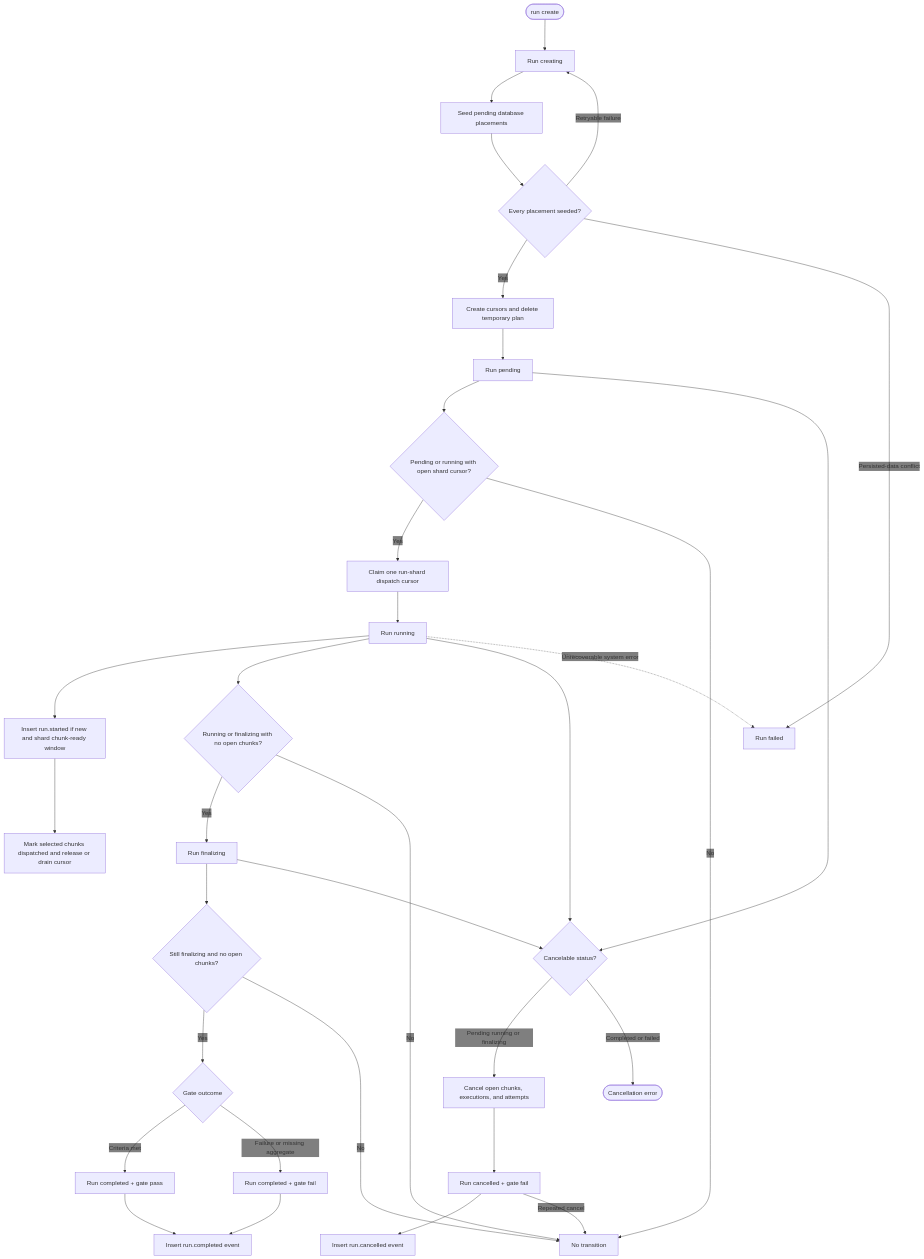
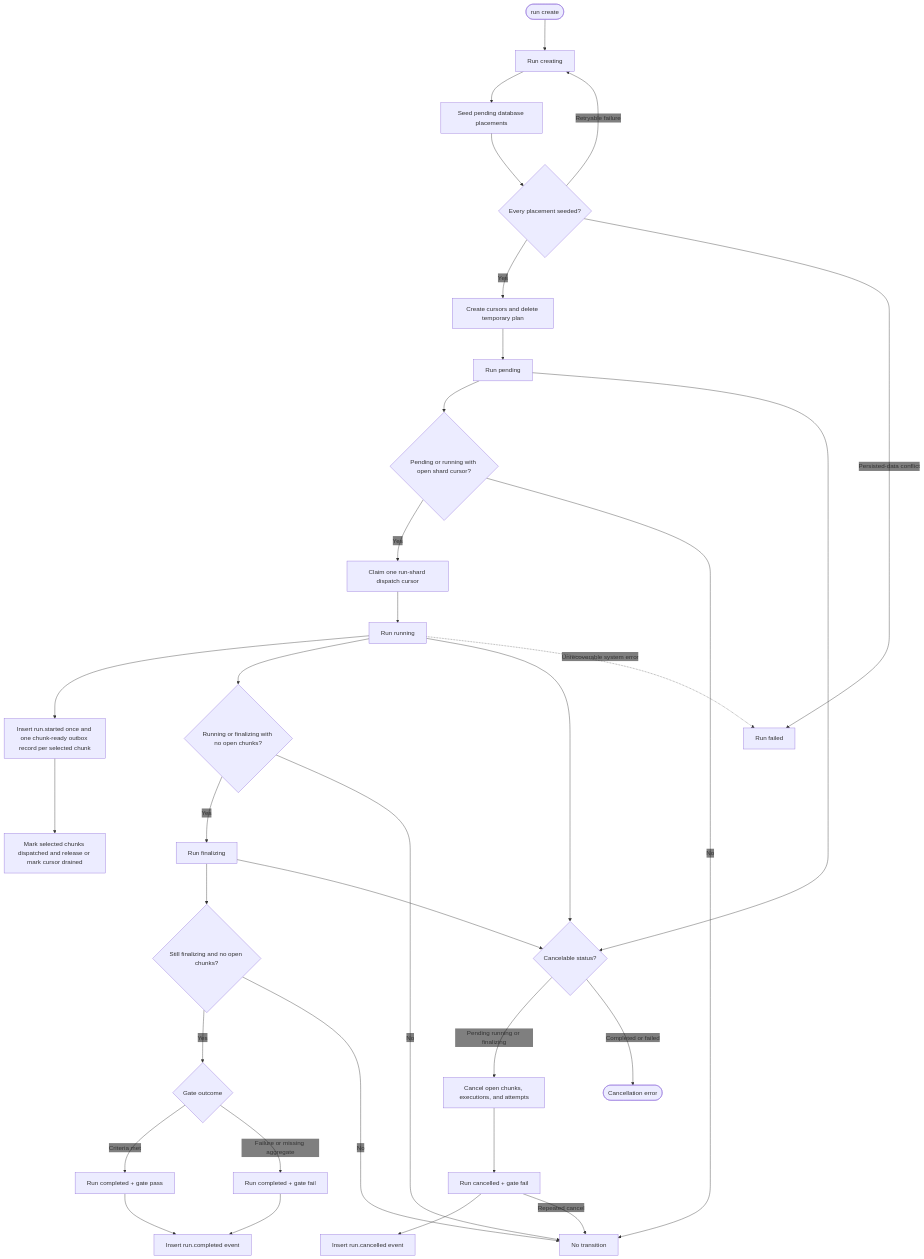
The diagram in web/docs/architecture/state/run-lifecycle/diagram.mmd (gregl83/agent-vigilo), drawn with Mermaid before and after one commit. The commit also changed 44 other files, not shown here.

```diff
--- a/web/docs/architecture/state/run-lifecycle/diagram.mmd
+++ b/web/docs/architecture/state/run-lifecycle/diagram.mmd
@@ -1,73 +1,73 @@
 ---
 config:
   flowchart:
     nodeSpacing: 150
     rankSpacing: 80
   themeVariables:
     edgeLabelBackground: 'transparent'
 ---
 flowchart TD
     Create([run create])
     Creating[Run creating]
     Seed[Seed pending database placements]
     SeedGuard{Every placement seeded?}
     Activate[Create cursors and delete temporary plan]
     Pending[Run pending]
     DispatchGuard{Pending or running with open shard cursor?}
     DispatchLock[Claim one run-shard dispatch cursor]
     Running[Run running]
-    DispatchEvents[Insert run.started if new and shard chunk-ready window]
-    DispatchCursor[Mark selected chunks dispatched and release or drain cursor]
+    DispatchEvents[Insert run.started once and one chunk-ready outbox record per selected chunk]
+    DispatchCursor[Mark selected chunks dispatched and release or mark cursor drained]
 
     FinalizeGuard{Running or finalizing with no open chunks?}
     Finalizing[Run finalizing]
     FinalizeCheck{Still finalizing and no open chunks?}
     Gate{Gate outcome}
     CompletedPass[Run completed + gate pass]
     CompletedFail[Run completed + gate fail]
     CompletedEvent[Insert run.completed event]
 
     CancelGuard{Cancelable status?}
     CancelCascade[Cancel open chunks, executions, and attempts]
     Cancelled[Run cancelled + gate fail]
     CancelEvent[Insert run.cancelled event]
 
     Failed[Run failed]
     Noop[No transition]
     Reject([Cancellation error])
 
     Create --> Creating
     Creating --> Seed --> SeedGuard
     SeedGuard -- Yes --> Activate --> Pending
     SeedGuard -- Retryable failure --> Creating
     SeedGuard -- Persisted-data conflict --> Failed
 
     Pending --> DispatchGuard
     DispatchGuard -- Yes --> DispatchLock --> Running --> DispatchEvents --> DispatchCursor
     DispatchGuard -- No --> Noop
 
     Running --> FinalizeGuard
     FinalizeGuard -- Yes --> Finalizing
     FinalizeGuard -- No --> Noop
 
     Finalizing --> FinalizeCheck
     FinalizeCheck -- Yes --> Gate
     FinalizeCheck -- No --> Noop
 
     Gate -- Criteria met --> CompletedPass --> CompletedEvent
     Gate -- Failure or missing aggregate --> CompletedFail --> CompletedEvent
 
     Pending --> CancelGuard
     Running --> CancelGuard
     Finalizing --> CancelGuard
     CancelGuard -- Pending running or finalizing --> CancelCascade --> Cancelled --> CancelEvent
     CancelGuard -- Completed or failed --> Reject
     Cancelled -->|Repeated cancel| Noop
 
     Running -. Unrecoverable system error .-> Failed
 
     class Create command
     class Creating,Seed,SeedGuard,Activate,Pending,Running,Finalizing,DispatchGuard,DispatchLock,DispatchEvents,DispatchCursor,FinalizeGuard,FinalizeCheck,Gate,CompletedEvent,CancelGuard,CancelCascade,CancelEvent system
     class CompletedPass success
     class CompletedFail,Cancelled,Failed,Reject error
     class Noop component
```
